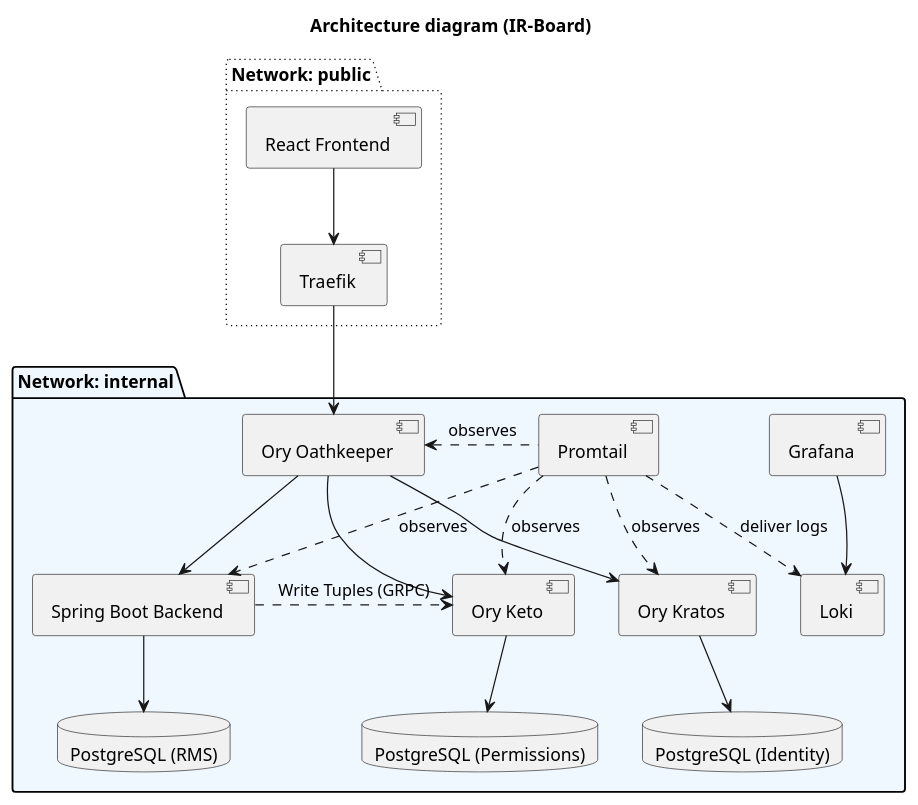
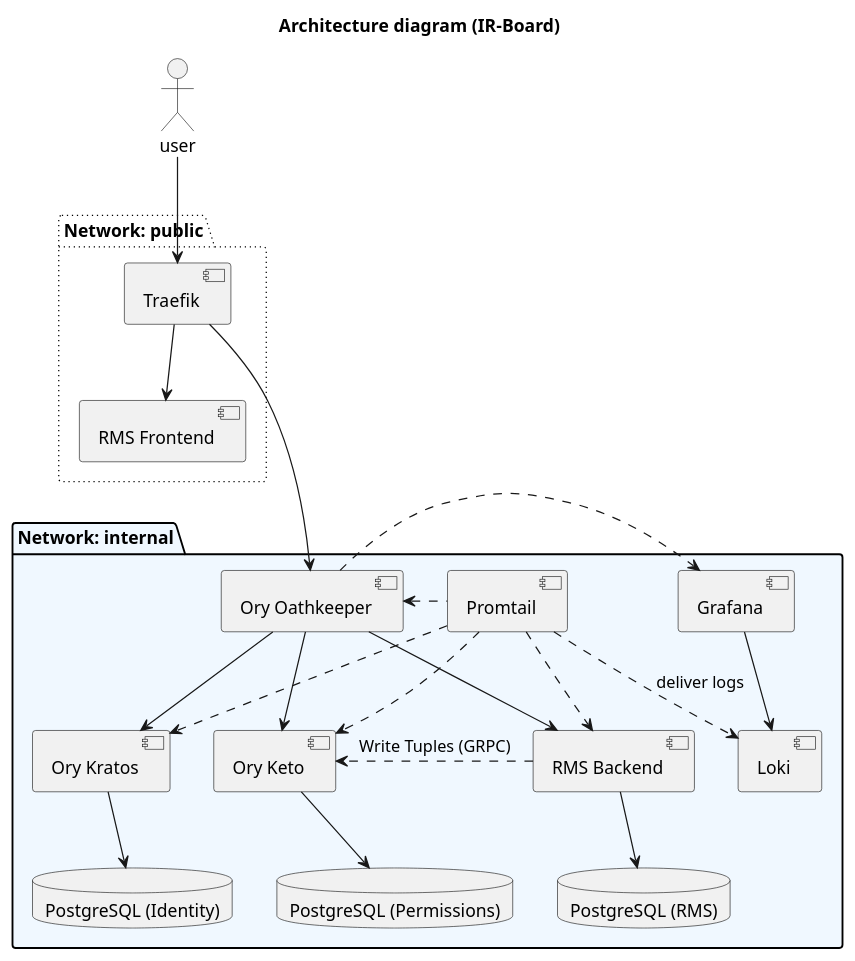
The diagram in docs/diagrams/Architecture.puml (Y4vra/IRBoard), drawn with PlantUML before and after one commit. The commit also changed 3 other files, not shown here.

Commit message:
feat: adds architecture explanation and test plan analysis

```diff
--- a/docs/diagrams/Architecture.puml
+++ b/docs/diagrams/Architecture.puml
@@ -1,52 +1,56 @@
 @startuml ArchitectureC2
 title Architecture diagram (IR-Board)
 
+actor user
+
 ' Redes (Networks)
 package "Network: public" #line.dotted {
-    [React Frontend] as spa
+    [RMS Frontend] as front
     [Traefik] as gateway
 }
 
 package "Network: internal" #AliceBlue {
     [Ory Oathkeeper] as proxy
     [Ory Kratos] as kratos
     [Ory Keto] as keto
-    [Spring Boot Backend] as backend
+    [RMS Backend] as backend
     [Loki]
     [Grafana]
     [Promtail]
     
     database "PostgreSQL (RMS)" as db_rms
     database "PostgreSQL (Identity)" as db_auth
     database "PostgreSQL (Permissions)" as db_perm
 }
 
 ' Conexiones de tráfico
-spa --> gateway 
-gateway --> proxy 
+user -down-> gateway
+gateway -down-> front 
+gateway -down--> proxy 
 
 ' Consultas internas Ory
-proxy --> kratos 
-proxy --> keto 
+proxy -> kratos 
+proxy -left-> keto 
+proxy .> Grafana
 
 ' Paso final al Backend
-proxy --> backend
+proxy -down-> backend
 
 ' Persistencia
-backend .right.> keto : Write Tuples (GRPC)
+backend .> keto : Write Tuples (GRPC)
 
 backend -down-> db_rms
 kratos -down-> db_auth
 keto -down-> db_perm
 
 ' Observabilidad
 
 Grafana --> Loki
 Promtail ..> Loki : deliver logs
-Promtail ..> kratos : observes
-Promtail ..> keto : observes
-Promtail ..> backend : observes
-Promtail .left.> proxy : observes
+Promtail ..> kratos
+Promtail ..> keto
+Promtail ..> backend
+Promtail .left.> proxy
 
 
 @enduml
```
